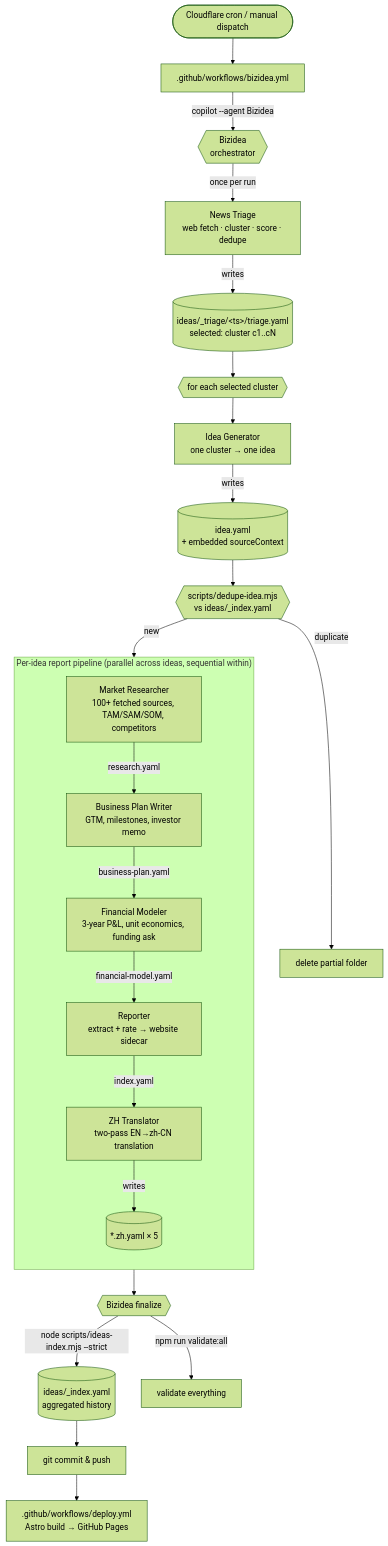
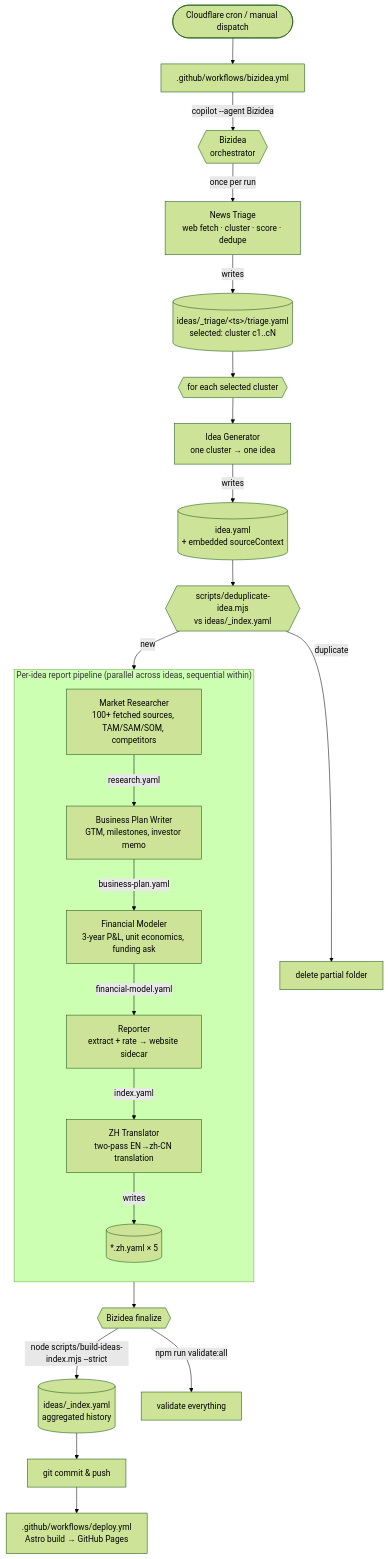
The diagram in README.md (vibewatch/bizidea), drawn with Mermaid (forest theme) before and after one commit. The commit also changed other lines of this file and 13 other files, not shown here.

First line of the commit message:
refactor: consolidate and rename scripts for idea management

````diff
--- a/README.md
+++ b/README.md
@@ -13,30 +13,30 @@
 ```mermaid
 flowchart TD
   cron([Cloudflare cron / manual dispatch]) --> wf[".github/workflows/bizidea.yml"]
     wf -->|"copilot --agent Bizidea"| orch{{"Bizidea<br/>orchestrator"}}
 
     orch -->|"once per run"| triage["News Triage<br/>web fetch · cluster · score · dedupe"]
     triage -->|"writes"| triageFile[("ideas/_triage/&lt;ts&gt;/triage.yaml<br/>selected: cluster c1..cN")]
 
     triageFile --> fanout{{"for each selected cluster"}}
     fanout --> idea["Idea Generator<br/>one cluster &rarr; one idea"]
     idea -->|"writes"| ideaFile[("idea.yaml<br/>+ embedded sourceContext")]
-    ideaFile --> dedup{{"scripts/dedupe-idea.mjs<br/>vs ideas/_index.yaml"}}
+    ideaFile --> dedup{{"scripts/deduplicate-idea.mjs<br/>vs ideas/_index.yaml"}}
     dedup -->|"duplicate"| drop["delete partial folder"]
     dedup -->|"new"| pipeline
 
     subgraph pipeline ["Per-idea report pipeline (parallel across ideas, sequential within)"]
         direction TB
         mr["Market Researcher<br/>100+ fetched sources, TAM/SAM/SOM, competitors"] -->|"research.yaml"| bp["Business Plan Writer<br/>GTM, milestones, investor memo"]
         bp -->|"business-plan.yaml"| fm["Financial Modeler<br/>3-year P&amp;L, unit economics, funding ask"]
         fm -->|"financial-model.yaml"| rep["Reporter<br/>extract + rate &rarr; website sidecar"]
         rep -->|"index.yaml"| zh["ZH Translator<br/>two-pass EN&rarr;zh-CN translation"]
         zh -->|"writes"| zhFiles[("*.zh.yaml &times; 5")]
     end
 
     zhFiles --> finalize{{"Bizidea finalize"}}
-    finalize -->|"node scripts/ideas-index.mjs --strict"| indexFile[("ideas/_index.yaml<br/>aggregated history")]
+    finalize -->|"node scripts/build-ideas-index.mjs --strict"| indexFile[("ideas/_index.yaml<br/>aggregated history")]
     finalize -->|"npm run validate:all"| validate["validate everything"]
     indexFile --> push["git commit &amp; push"]
     push --> deploy[".github/workflows/deploy.yml<br/>Astro build &rarr; GitHub Pages"]
 ```
````
